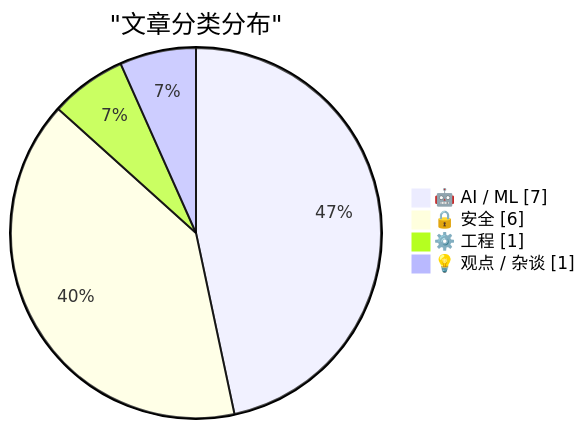
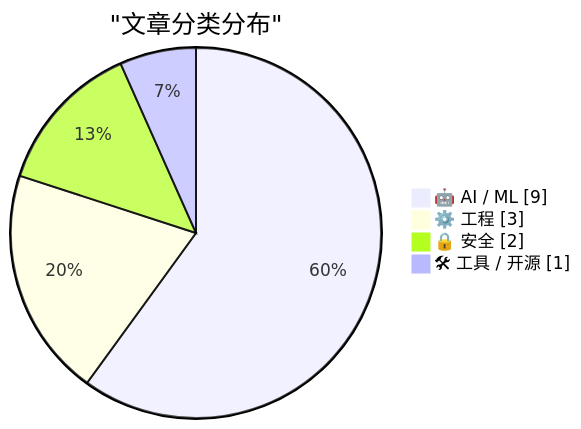
Before and after one commit to Halcyon-ccc/ai-daily-digest: the first of 2 diagrams in digests/digest-20260807.md, drawn with Mermaid. The commit also changed other lines of this file, not shown here.

````diff
--- a/digests/digest-20260807.md
+++ b/digests/digest-20260807.md
@@ -436,8 +436,8 @@
 ```mermaid
 pie showData
     title "文章分类分布"
-    "🤖 AI / ML" : 7
-    "🔒 安全" : 6
-    "⚙️ 工程" : 1
-    "💡 观点 / 杂谈" : 1
+    "🤖 AI / ML" : 9
+    "⚙️ 工程" : 3
+    "🔒 安全" : 2
+    "🛠 工具 / 开源" : 1
 ```
````
